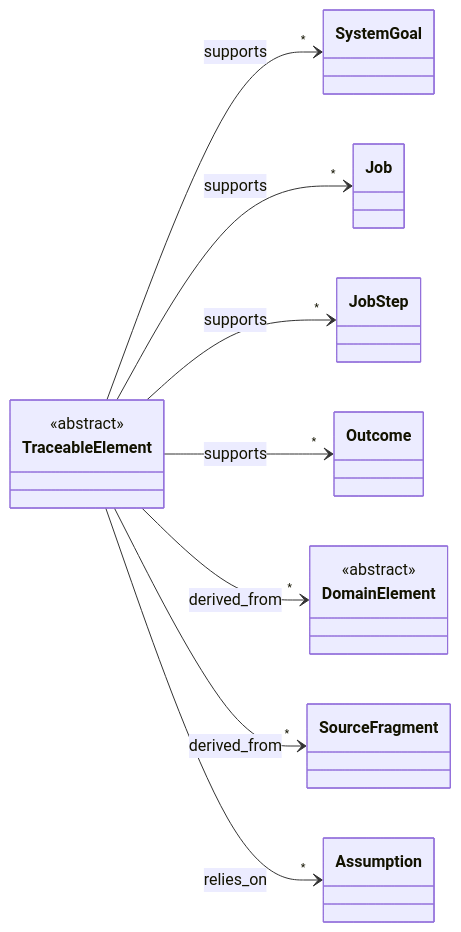
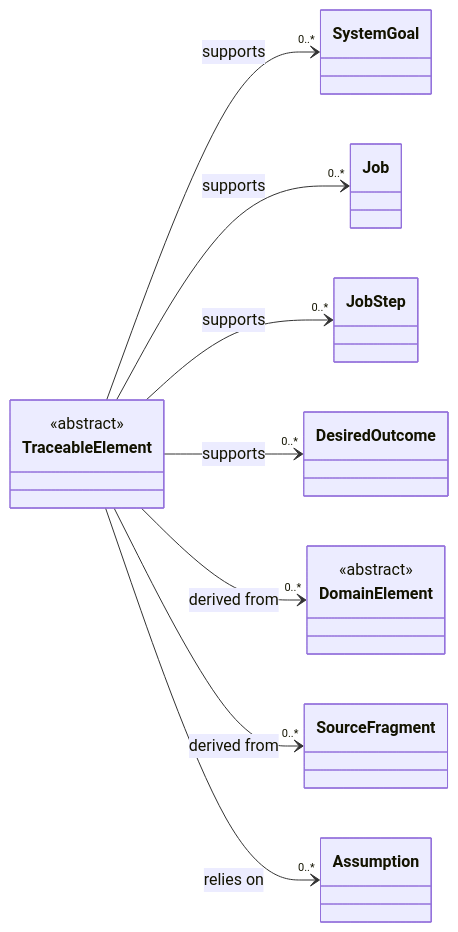
The ninth of 11 diagrams in docs/reference/model/core.md (craigsmitham/dotspec), drawn with Mermaid before and after one commit. The commit also changed other lines of this file and 110 other files, not shown here.

````diff
--- a/docs/reference/model/core.md
+++ b/docs/reference/model/core.md
@@ -195,21 +204,21 @@
 ```mermaid
 classDiagram
     direction LR
     class TraceableElement
     <<abstract>> TraceableElement
     class SystemGoal
     class Job
     class JobStep
-    class Outcome
+    class DesiredOutcome
     class DomainElement
     <<abstract>> DomainElement
     class SourceFragment
     class Assumption
-    TraceableElement --> "*" SystemGoal : supports
-    TraceableElement --> "*" Job : supports
-    TraceableElement --> "*" JobStep : supports
-    TraceableElement --> "*" Outcome : supports
-    TraceableElement --> "*" DomainElement : derived_from
-    TraceableElement --> "*" SourceFragment : derived_from
-    TraceableElement --> "*" Assumption : relies_on
+    TraceableElement --> "0..*" SystemGoal : supports
+    TraceableElement --> "0..*" Job : supports
+    TraceableElement --> "0..*" JobStep : supports
+    TraceableElement --> "0..*" DesiredOutcome : supports
+    TraceableElement --> "0..*" DomainElement : derived from
+    TraceableElement --> "0..*" SourceFragment : derived from
+    TraceableElement --> "0..*" Assumption : relies on
 ```
````
